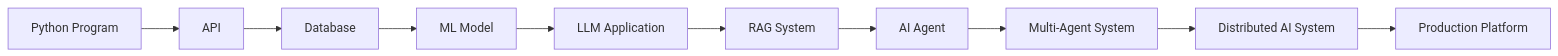
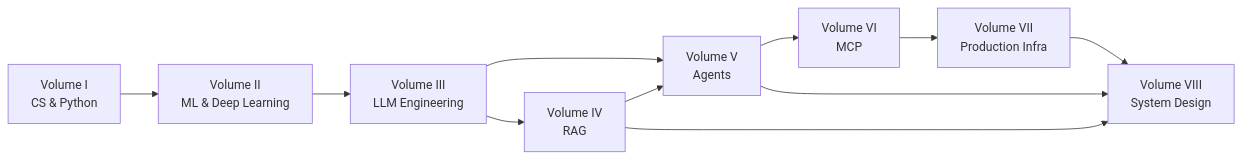
Before and after one commit to lalitdotdev/The-AI-Systems-Engineer-Handbook: the first of 2 diagrams in README.md, drawn with Mermaid. The commit also changed other lines of this file, not shown here.

````diff
--- a/README.md
+++ b/README.md
@@ -302,22 +335,13 @@
 ```mermaid
 flowchart LR
-
-    A[Python Program]
-    --> B[API]
-
-    B --> C[Database]
-
-    C --> D[ML Model]
-
-    D --> E[LLM Application]
-
-    E --> F[RAG System]
-
-    F --> G[AI Agent]
-
-    G --> H[Multi-Agent System]
-
-    H --> I[Distributed AI System]
-
-    I --> J[Production Platform]
+    A["Volume I<br/>CS & Python"] --> B["Volume II<br/>ML & Deep Learning"]
+    B --> C["Volume III<br/>LLM Engineering"]
+    C --> D["Volume IV<br/>RAG"]
+    C --> E["Volume V<br/>Agents"]
+    D --> E
+    E --> F["Volume VI<br/>MCP"]
+    F --> G["Volume VII<br/>Production Infra"]
+    G --> H["Volume VIII<br/>System Design"]
+    E --> H
+    D --> H
 ```
````
